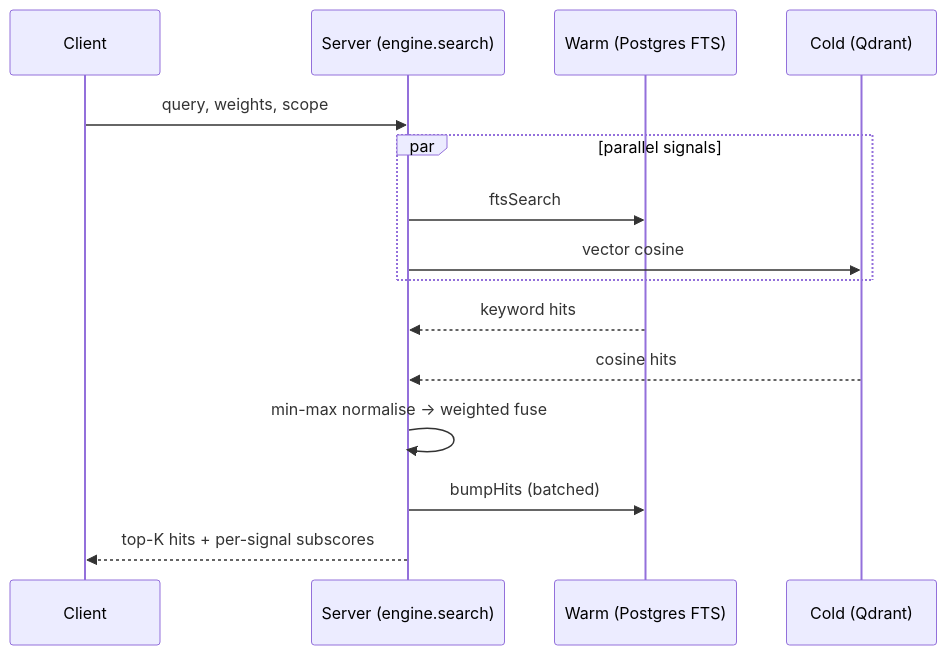
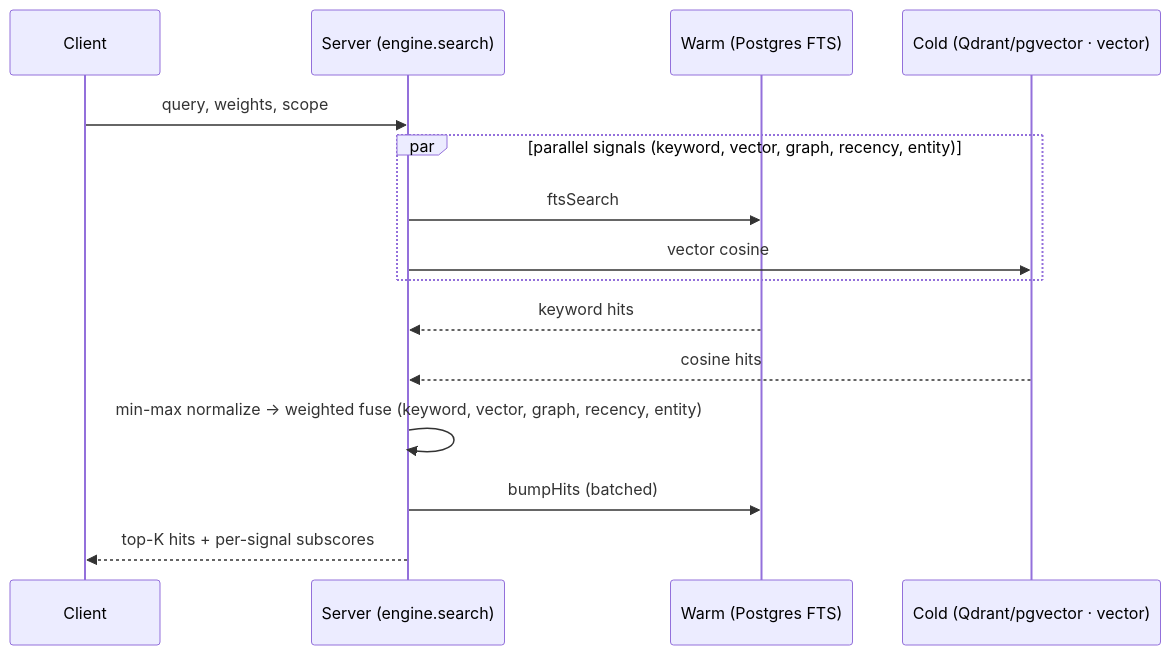
The second of 4 diagrams in packages/docs-site/architecture/system.md (azrtydxb/novamem), drawn with Mermaid before and after one commit. The commit also changed other lines of this file and 20 other files, not shown here.

````diff
--- a/packages/docs-site/architecture/system.md
+++ b/packages/docs-site/architecture/system.md
@@ -40,17 +40,17 @@
 ```mermaid
 sequenceDiagram
     participant C as Client
     participant S as Server (engine.search)
     participant W as Warm (Postgres FTS)
-    participant K as Cold (Qdrant)
+    participant K as Cold (Qdrant/pgvector · vector)
     C->>S: query, weights, scope
-    par parallel signals
+    par parallel signals (keyword, vector, graph, recency, entity)
         S->>W: ftsSearch
         S->>K: vector cosine
     end
     W-->>S: keyword hits
     K-->>S: cosine hits
-    S->>S: min-max normalise → weighted fuse
+    S->>S: min-max normalize → weighted fuse (keyword, vector, graph, recency, entity)
     S->>W: bumpHits (batched)
     S-->>C: top-K hits + per-signal subscores
 ```
````
